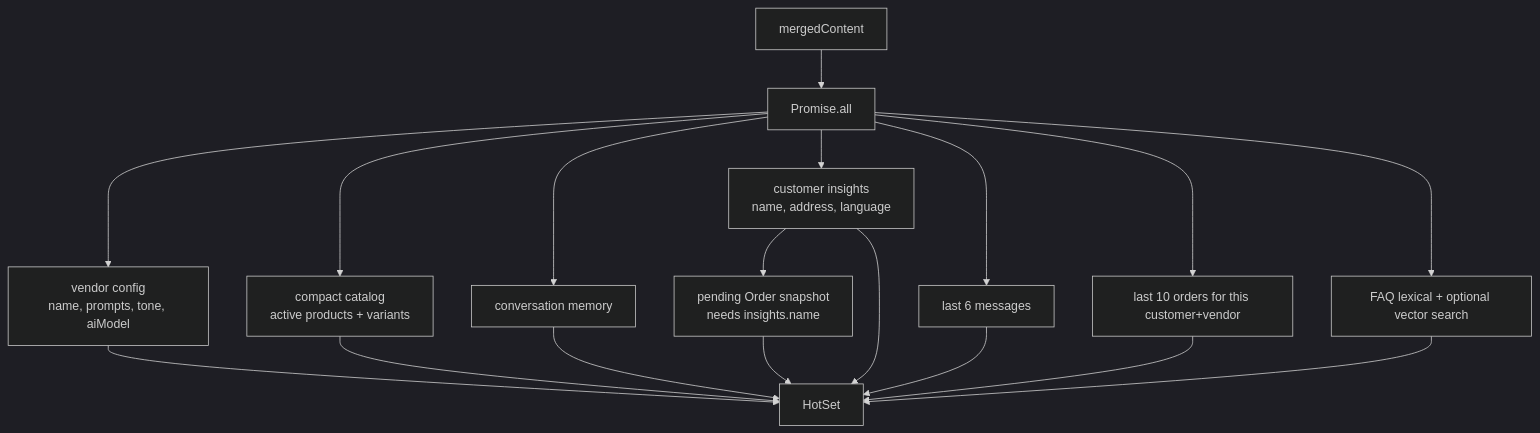
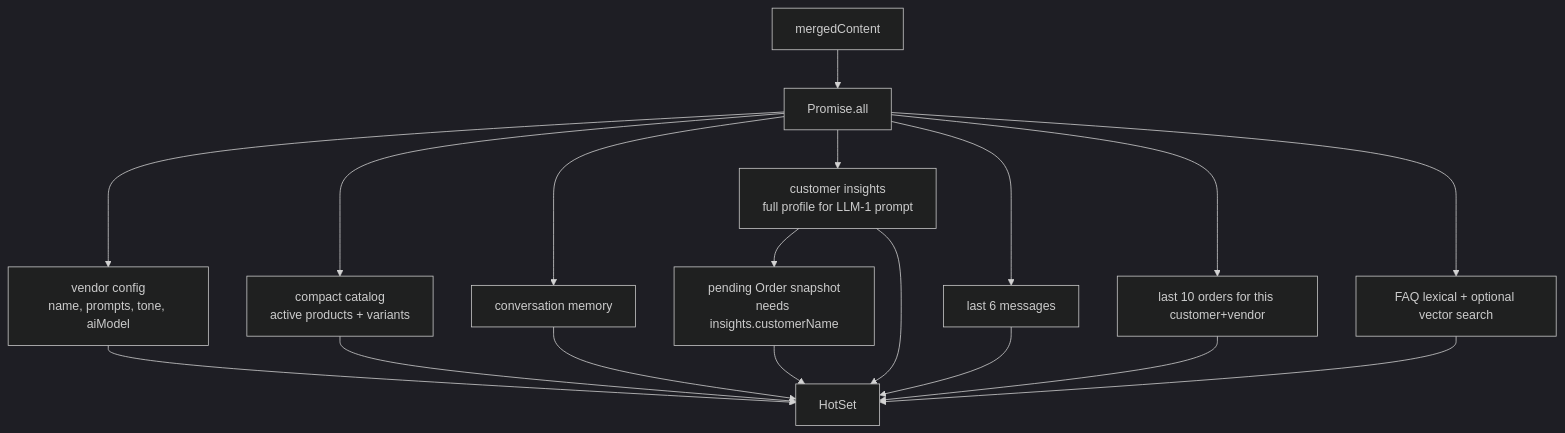
One commit to roshan-1904/chatlogix-gowtham changed the sixth of 10 diagrams in docs/INCOMING_RESPONSE_GENERATOR_FLOW.md. Above: the diagram before and after it, drawn with Mermaid (dark theme). The commit also changed other lines of this file and 17 other files, not shown here.

First line of the commit message:
feat: enhance conversation processing with customer insights enrichment

````diff
--- a/docs/INCOMING_RESPONSE_GENERATOR_FLOW.md
+++ b/docs/INCOMING_RESPONSE_GENERATOR_FLOW.md
@@ -240,13 +241,13 @@
 ```mermaid
 flowchart TD
   MSG[mergedContent] --> P[Promise.all]
   P --> VC[vendor config<br/>name, prompts, tone, aiModel]
   P --> CAT[compact catalog<br/>active products + variants]
   P --> MEM[conversation memory]
-  P --> INS[customer insights<br/>name, address, language]
+  P --> INS[customer insights<br/>full profile for LLM-1 prompt]
   P --> REC[last 6 messages]
   P --> HIST[last 10 orders for this customer+vendor]
   P --> FAQ[FAQ lexical + optional vector search]
-  INS --> PO[pending Order snapshot<br/>needs insights.name]
+  INS --> PO[pending Order snapshot<br/>needs insights.customerName]
   VC & CAT & MEM & INS & REC & HIST & FAQ & PO --> HOT[HotSet]
 ```
````
